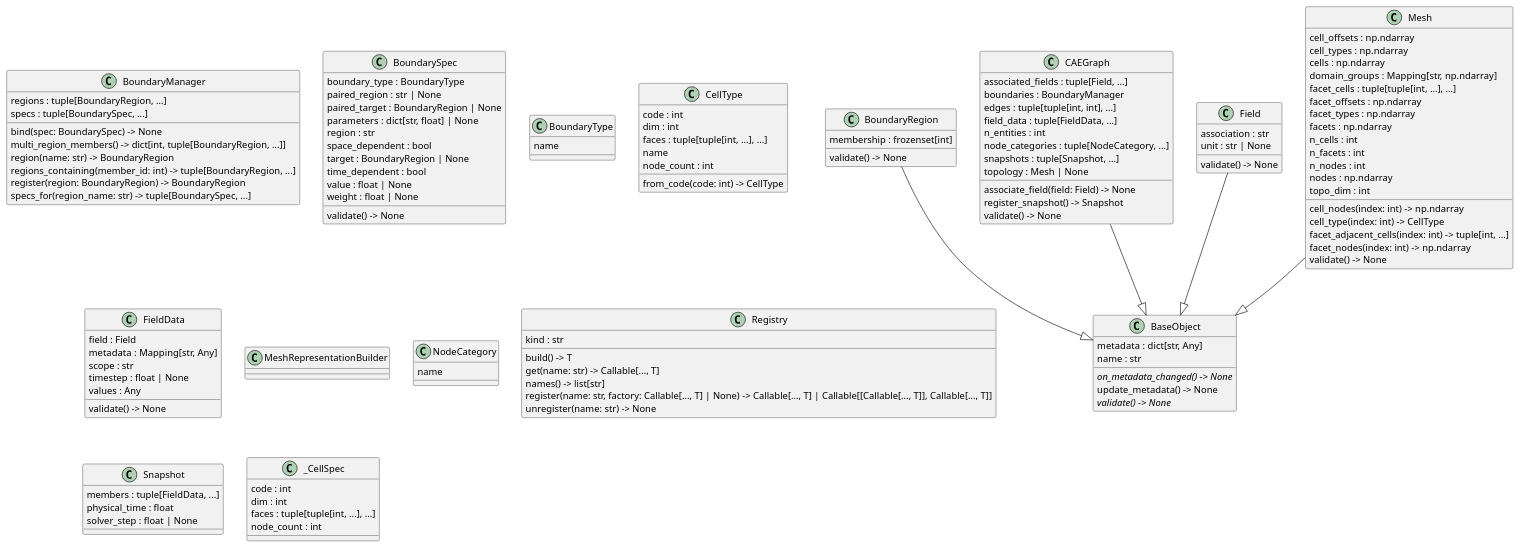
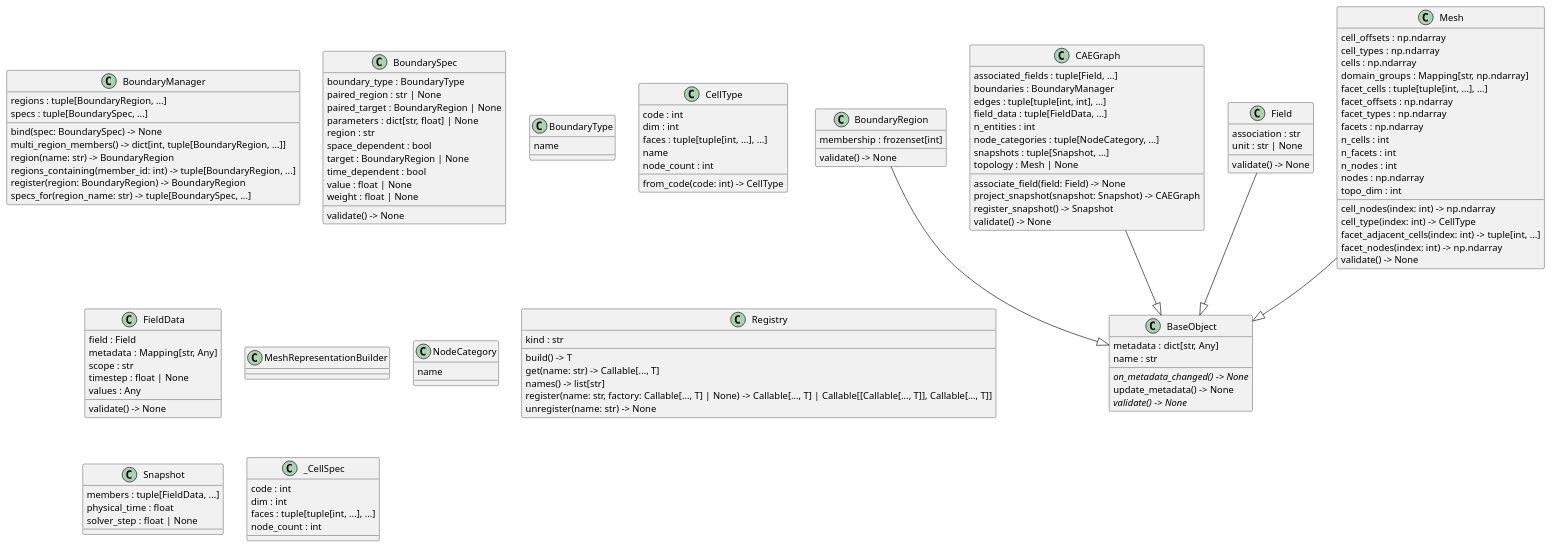
One commit to XYChouMian/caegraph changed the diagram in diagrams/generated/classes_caegraph.puml. Above: the diagram before and after it, drawn with PlantUML. The commit also changed 1 other file, not shown here.

Commit message:
chore(diagrams): regenerate generated uml for project_snapshot

```diff
--- a/diagrams/generated/classes_caegraph.puml
+++ b/diagrams/generated/classes_caegraph.puml
@@ -1,122 +1,123 @@
 @startuml classes_caegraph
 set namespaceSeparator none
 class "BaseObject" as caegraph.core.base.BaseObject {
   metadata : dict[str, Any]
   name : str
   {abstract}on_metadata_changed() -> None
   update_metadata() -> None
   {abstract}validate() -> None
 }
 class "BoundaryManager" as caegraph.core.boundary.manager.BoundaryManager {
   regions : tuple[BoundaryRegion, ...]
   specs : tuple[BoundarySpec, ...]
   bind(spec: BoundarySpec) -> None
   multi_region_members() -> dict[int, tuple[BoundaryRegion, ...]]
   region(name: str) -> BoundaryRegion
   regions_containing(member_id: int) -> tuple[BoundaryRegion, ...]
   register(region: BoundaryRegion) -> BoundaryRegion
   specs_for(region_name: str) -> tuple[BoundarySpec, ...]
 }
 class "BoundaryRegion" as caegraph.core.boundary.region.BoundaryRegion {
   membership : frozenset[int]
   validate() -> None
 }
 class "BoundarySpec" as caegraph.core.boundary.spec.BoundarySpec {
   boundary_type : BoundaryType
   paired_region : str | None
   paired_target : BoundaryRegion | None
   parameters : dict[str, float] | None
   region : str
   space_dependent : bool
   target : BoundaryRegion | None
   time_dependent : bool
   value : float | None
   weight : float | None
   validate() -> None
 }
 class "BoundaryType" as caegraph.core.enums.BoundaryType {
   name
 }
 class "CAEGraph" as caegraph.core.caegraph.CAEGraph {
   associated_fields : tuple[Field, ...]
   boundaries : BoundaryManager
   edges : tuple[tuple[int, int], ...]
   field_data : tuple[FieldData, ...]
   n_entities : int
   node_categories : tuple[NodeCategory, ...]
   snapshots : tuple[Snapshot, ...]
   topology : Mesh | None
   associate_field(field: Field) -> None
+  project_snapshot(snapshot: Snapshot) -> CAEGraph
   register_snapshot() -> Snapshot
   validate() -> None
 }
 class "CellType" as caegraph.core.topology.celltype.CellType {
   code : int
   dim : int
   faces : tuple[tuple[int, ...], ...]
   name
   node_count : int
   from_code(code: int) -> CellType
 }
 class "Field" as caegraph.core.field.Field {
   association : str
   unit : str | None
   validate() -> None
 }
 class "FieldData" as caegraph.core.field.FieldData {
   field : Field
   metadata : Mapping[str, Any]
   scope : str
   timestep : float | None
   values : Any
   validate() -> None
 }
 class "Mesh" as caegraph.core.topology.mesh.Mesh {
   cell_offsets : np.ndarray
   cell_types : np.ndarray
   cells : np.ndarray
   domain_groups : Mapping[str, np.ndarray]
   facet_cells : tuple[tuple[int, ...], ...]
   facet_offsets : np.ndarray
   facet_types : np.ndarray
   facets : np.ndarray
   n_cells : int
   n_facets : int
   n_nodes : int
   nodes : np.ndarray
   topo_dim : int
   cell_nodes(index: int) -> np.ndarray
   cell_type(index: int) -> CellType
   facet_adjacent_cells(index: int) -> tuple[int, ...]
   facet_nodes(index: int) -> np.ndarray
   validate() -> None
 }
 class "MeshRepresentationBuilder" as caegraph.graph.builder.MeshRepresentationBuilder {
 }
 class "NodeCategory" as caegraph.core.enums.NodeCategory {
   name
 }
 class "Registry" as caegraph.core.registry.Registry {
   kind : str
   build() -> T
   get(name: str) -> Callable[..., T]
   names() -> list[str]
   register(name: str, factory: Callable[..., T] | None) -> Callable[..., T] | Callable[[Callable[..., T]], Callable[..., T]]
   unregister(name: str) -> None
 }
 class "Snapshot" as caegraph.core.temporal.Snapshot {
   members : tuple[FieldData, ...]
   physical_time : float
   solver_step : float | None
 }
 class "_CellSpec" as caegraph.core.topology.celltype._CellSpec {
   code : int
   dim : int
   faces : tuple[tuple[int, ...], ...]
   node_count : int
 }
 caegraph.core.boundary.region.BoundaryRegion --|> caegraph.core.base.BaseObject
 caegraph.core.caegraph.CAEGraph --|> caegraph.core.base.BaseObject
 caegraph.core.field.Field --|> caegraph.core.base.BaseObject
 caegraph.core.topology.mesh.Mesh --|> caegraph.core.base.BaseObject
 @enduml
```
